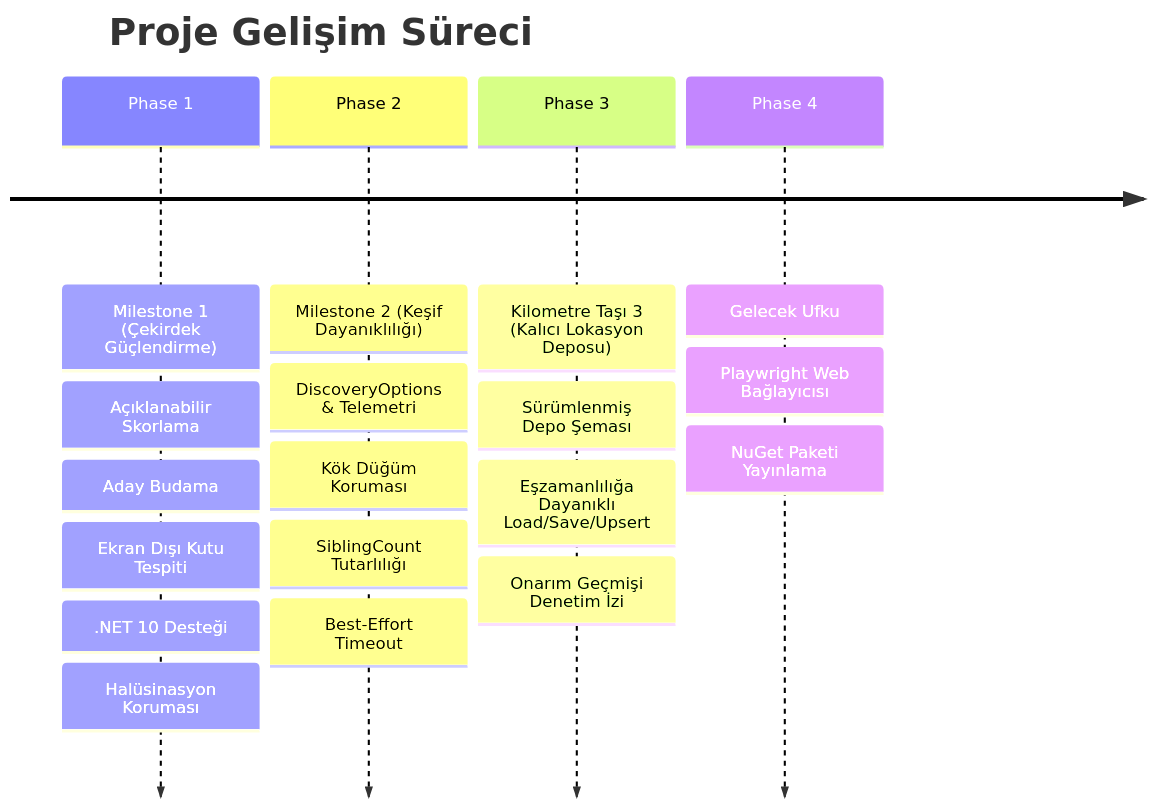
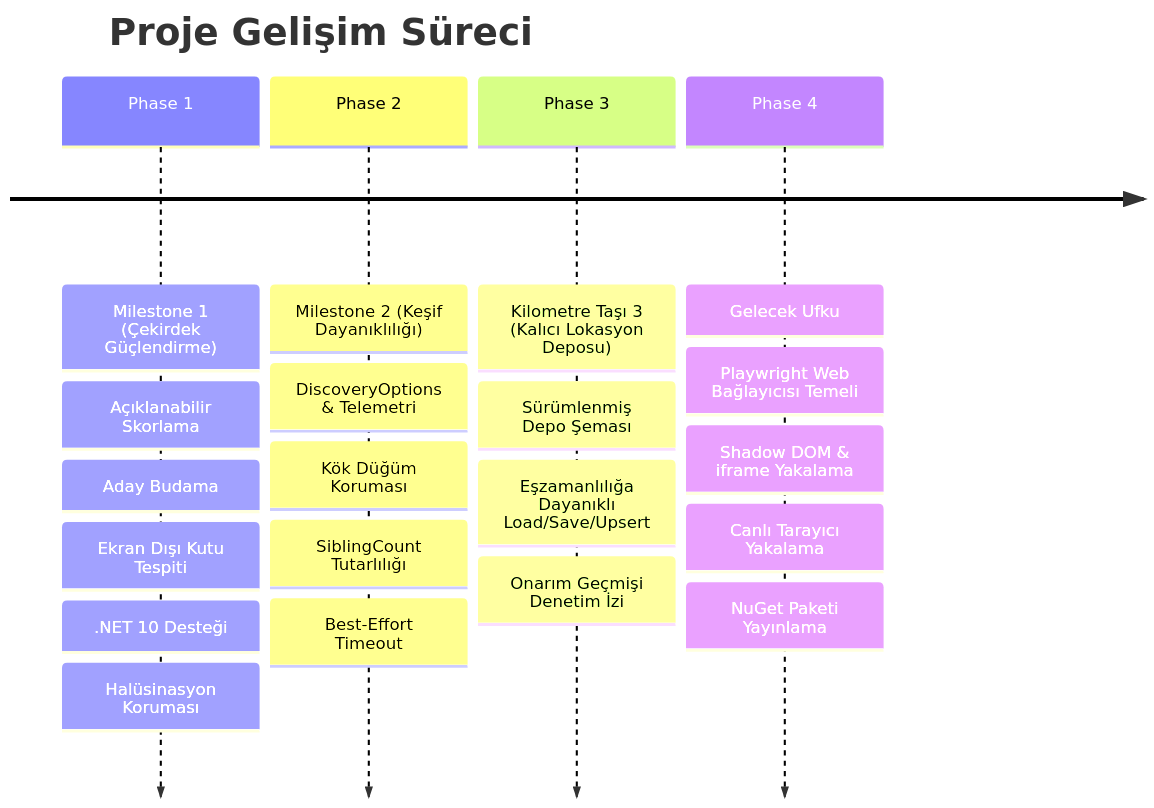
Before and after one commit to mustafasercansak/automation-sandbox: the fourth of 6 diagrams in PROJECT_SHOWCASE.md, drawn with Mermaid. The commit also changed other lines of this file and 12 other files, not shown here.

Commit message:
feat: implement WebDiscovery library for Playwright element interaction and automated DOM capture

````diff
--- a/PROJECT_SHOWCASE.md
+++ b/PROJECT_SHOWCASE.md
@@ -214,8 +214,8 @@
 ```mermaid
 timeline
     title Proje Gelişim Süreci
     Phase 1 : Milestone 1 (Çekirdek Güçlendirme) : Açıklanabilir Skorlama : Aday Budama : Ekran Dışı Kutu Tespiti : .NET 10 Desteği : Halüsinasyon Koruması
     Phase 2 : Milestone 2 (Keşif Dayanıklılığı) : DiscoveryOptions & Telemetri : Kök Düğüm Koruması : SiblingCount Tutarlılığı : Best-Effort Timeout
     Phase 3 : Kilometre Taşı 3 (Kalıcı Lokasyon Deposu) : Sürümlenmiş Depo Şeması : Eşzamanlılığa Dayanıklı Load/Save/Upsert : Onarım Geçmişi Denetim İzi
-    Phase 4 : Gelecek Ufku : Playwright Web Bağlayıcısı : NuGet Paketi Yayınlama
+    Phase 4 : Gelecek Ufku : Playwright Web Bağlayıcısı Temeli : Shadow DOM & iframe Yakalama : Canlı Tarayıcı Yakalama : NuGet Paketi Yayınlama
 ```
````
